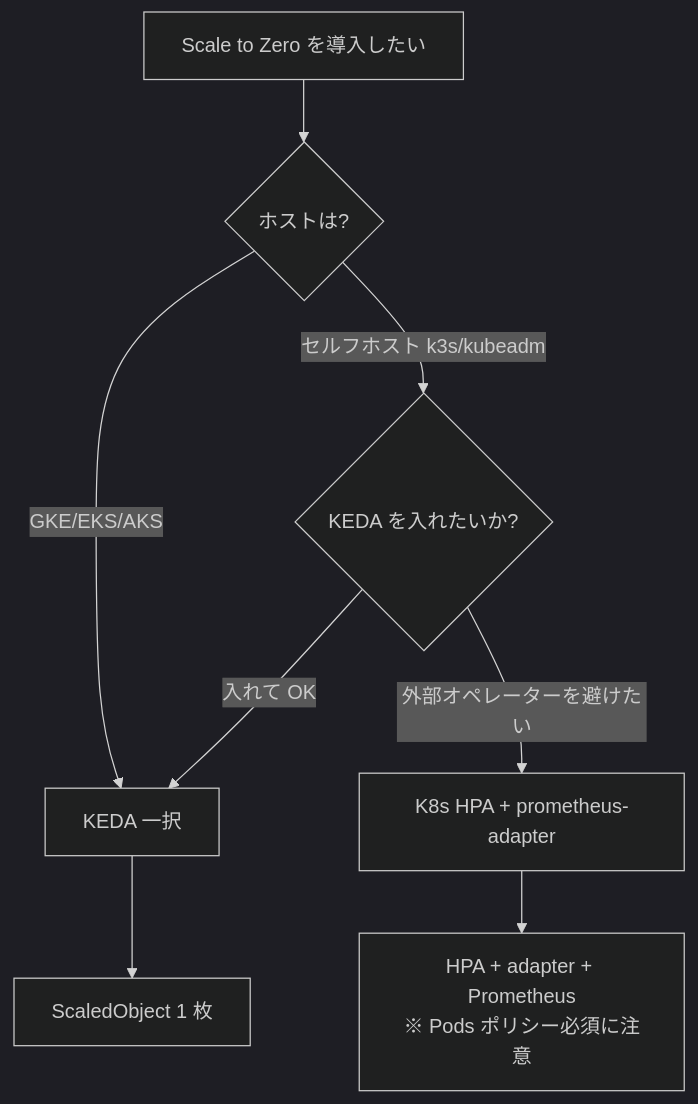
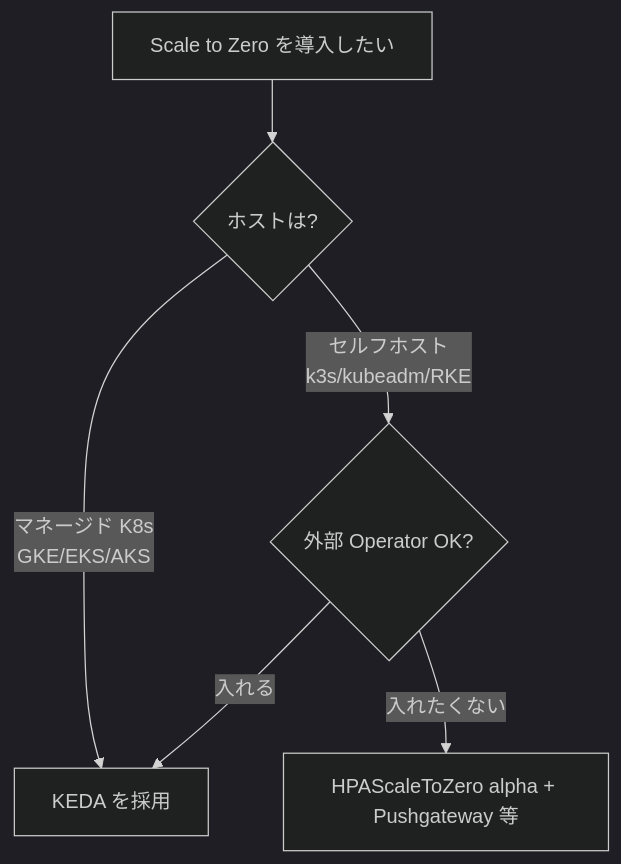
One commit to cyokozai/hpa-scale-to-zero changed the second of 2 diagrams in docs/blog.md. Above: the diagram before and after it, drawn with Mermaid (dark theme). The commit also changed other lines of this file and 90 other files, not shown here.

````diff
--- a/docs/blog.md
+++ b/docs/blog.md
@@ -352,10 +748,8 @@
 ```mermaid
 flowchart TD
     A[Scale to Zero を導入したい] --> B{ホストは?}
-    B -->|GKE/EKS/AKS| C[KEDA 一択]
-    B -->|セルフホスト k3s/kubeadm| D{KEDA を入れたいか?}
-    D -->|外部オペレーターを避けたい| E[K8s HPA + prometheus-adapter]
-    D -->|入れて OK| C
-    C --> F[ScaledObject 1 枚]
-    E --> G[HPA + adapter + Prometheus<br/>※ Pods ポリシー必須に注意]
+    B -->|マネージド K8s<br/>GKE/EKS/AKS| C[KEDA を採用]
+    B -->|セルフホスト<br/>k3s/kubeadm/RKE| D{外部 Operator OK?}
+    D -->|入れたくない| E[HPAScaleToZero alpha + Pushgateway 等]
+    D -->|入れる| C
 ```
````
